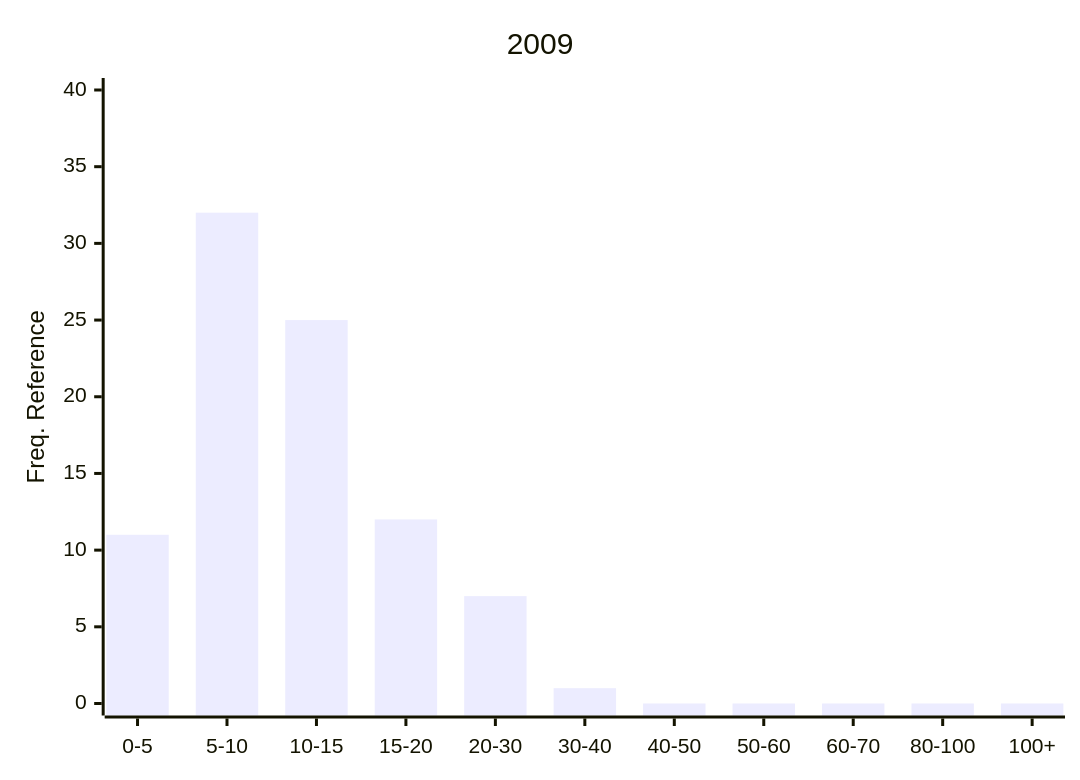
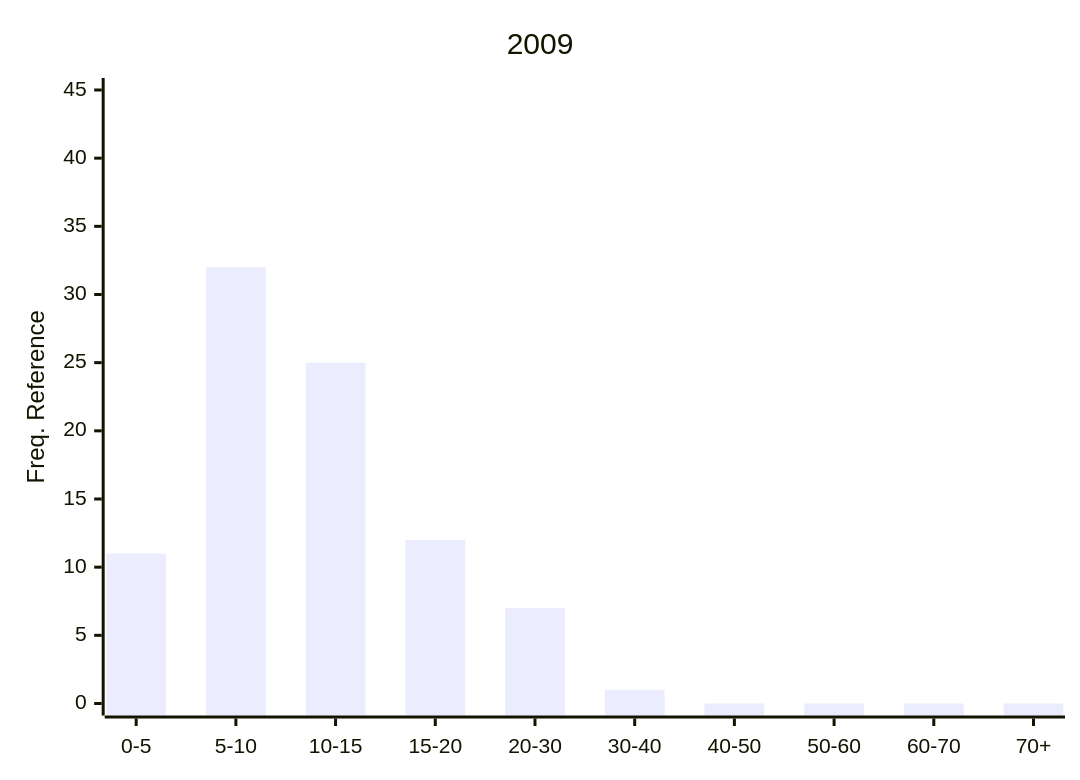
Before and after one commit to Nemus-Project/fair-nime-2026: diagram 13 of 29 in README.md, drawn with Mermaid. The commit also changed other lines of this file, not shown here.

Commit message:
add freq charts

````diff
--- a/README.md
+++ b/README.md
@@ -547,7 +550,7 @@
 ```mermaid
 xychart-beta
     title "2009"
-    x-axis ["0-5", "5-10", "10-15", "15-20", "20-30", "30-40", "40-50", "50-60", "60-70", "80-100", "100+"]
-    y-axis "Freq. Reference" 0 --> 40
-    bar [11, 32, 25, 12, 7, 1, 0, 0, 0, 0, 0]
+    x-axis ["0-5", "5-10", "10-15", "15-20", "20-30", "30-40", "40-50", "50-60", "60-70", "70+"]
+    y-axis "Freq. Reference" 0 --> 45
+    bar [11, 32, 25, 12, 7, 1, 0, 0, 0, 0]
 ```    
````
